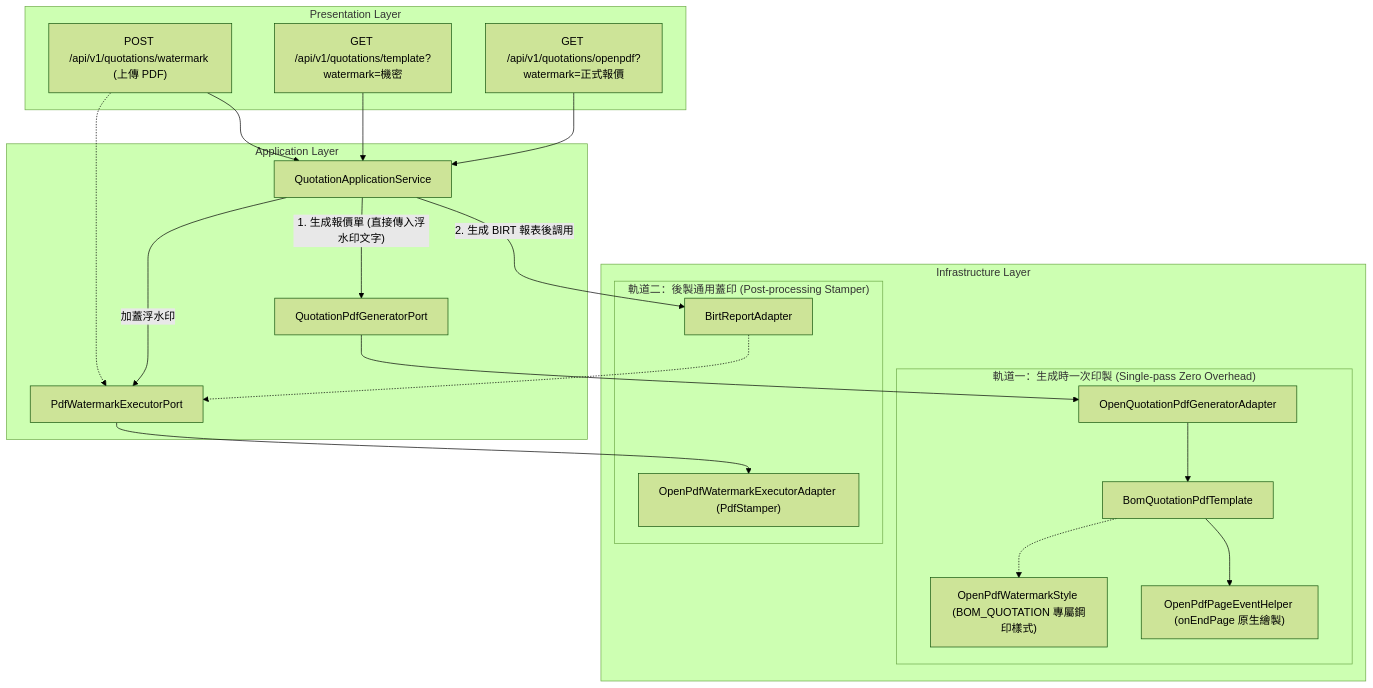
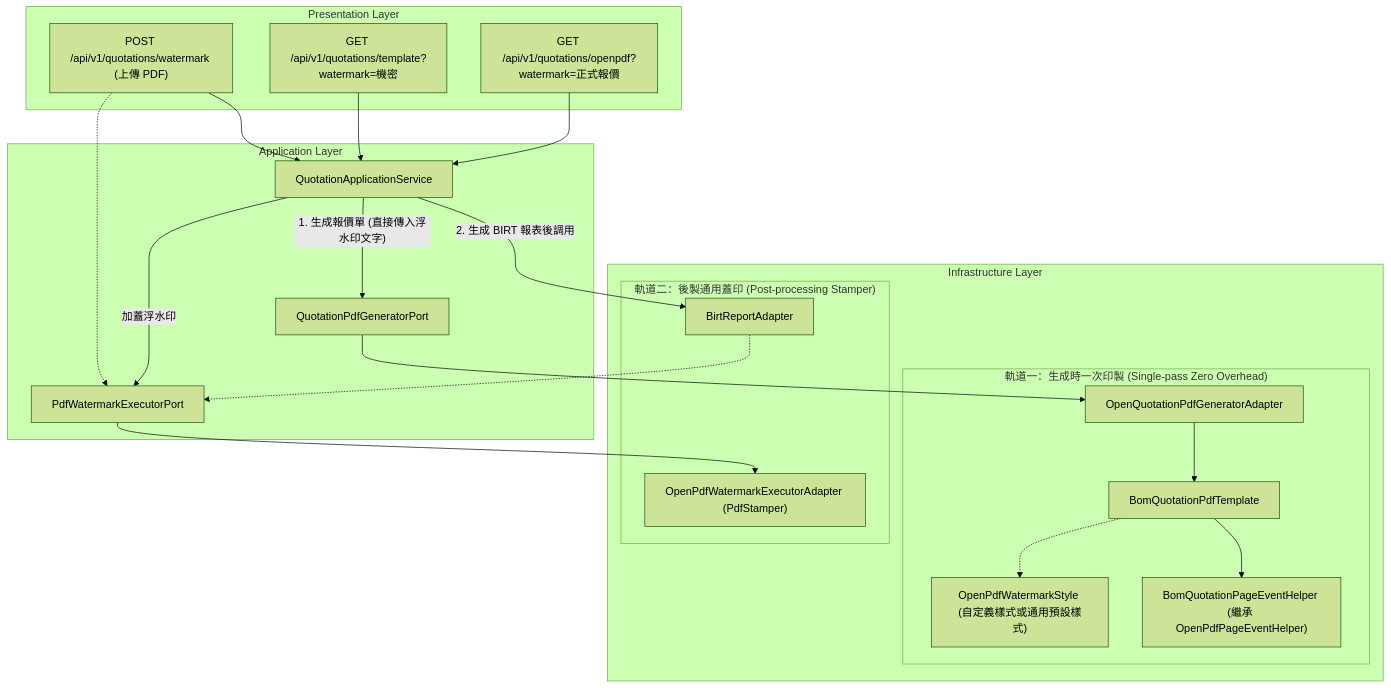
One commit to nick54785478/pdf-module changed the second of 2 diagrams in doc/design/openpdf/openpdf_architecture_design.md. Above: the diagram before and after it, drawn with Mermaid (forest theme). The commit also changed other lines of this file and 18 other files, not shown here.

````diff
--- a/doc/design/openpdf/openpdf_architecture_design.md
+++ b/doc/design/openpdf/openpdf_architecture_design.md
@@ -296,43 +300,43 @@
 ```mermaid
 flowchart TD
     subgraph Presentation ["Presentation Layer"]
         R1["GET /api/v1/quotations/openpdf?watermark=正式報價"]
         R2["GET /api/v1/quotations/template?watermark=機密"]
         R3["POST /api/v1/quotations/watermark (上傳 PDF)"]
     end
 
     subgraph Application ["Application Layer"]
         Service["QuotationApplicationService"]
         PortGen["QuotationPdfGeneratorPort"]
         PortWM["PdfWatermarkExecutorPort"]
     end
 
     subgraph Infrastructure ["Infrastructure Layer"]
         subgraph Track1 ["軌道一：生成時一次印製 (Single-pass Zero Overhead)"]
             AdapterGen["OpenQuotationPdfGeneratorAdapter"]
             Template["BomQuotationPdfTemplate"]
-            Style["OpenPdfWatermarkStyle (BOM_QUOTATION 專屬鋼印樣式)"]
-            Helper["OpenPdfPageEventHelper (onEndPage 原生繪製)"]
+            Style["OpenPdfWatermarkStyle (自定義樣式或通用預設樣式)"]
+            Helper["BomQuotationPageEventHelper (繼承 OpenPdfPageEventHelper)"]
         end
 
         subgraph Track2 ["軌道二：後製通用蓋印 (Post-processing Stamper)"]
             AdapterWM["OpenPdfWatermarkExecutorAdapter (PdfStamper)"]
             BIRT["BirtReportAdapter"]
         end
     end
 
     R1 --> Service
     R2 --> Service
     R3 --> Service
 
     Service -- "1. 生成報價單 (直接傳入浮水印文字)" --> PortGen
     PortGen --> AdapterGen --> Template
     Template -.-> Style
     Template --> Helper
 
     Service -- "2. 生成 BIRT 報表後調用" --> BIRT
     Service -- "加蓋浮水印" --> PortWM
     BIRT -.-> PortWM
     R3 -.-> PortWM
     PortWM --> AdapterWM
 ```
````
